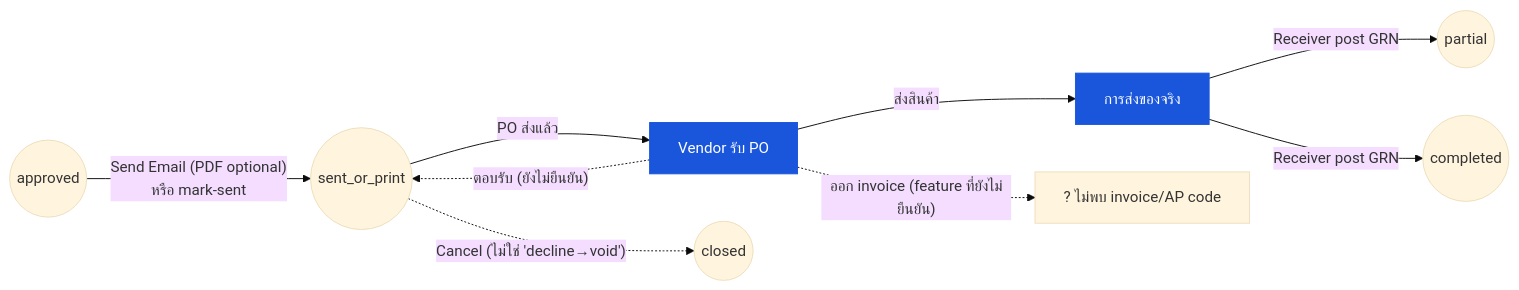
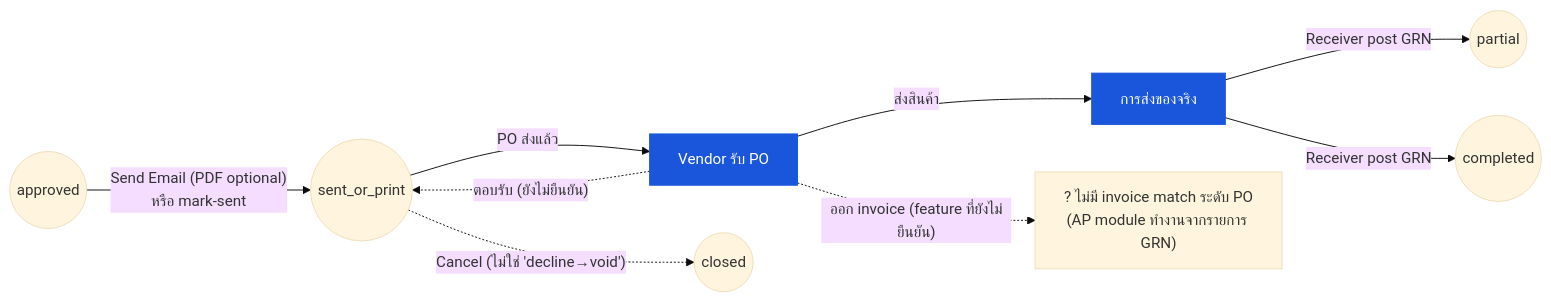
One commit to CarmenSoftware-organization/carmen-wiki changed the diagram in th/inventory/purchase-order/03-user-flow-vendor.md. Above: the diagram before and after it, drawn with Mermaid (base theme). The commit also changed other lines of this file and 37 other files, not shown here.

````diff
--- a/th/inventory/purchase-order/03-user-flow-vendor.md
+++ b/th/inventory/purchase-order/03-user-flow-vendor.md
@@ -23,12 +23,12 @@
 ```mermaid
 graph LR
     approved(("approved")) -->|"Send Email (PDF optional)<br/>หรือ mark-sent"| sent(("sent_or_print"))
     sent -->|"PO ส่งแล้ว"| vendor["Vendor รับ PO"]:::current
     vendor -.->|"ตอบรับ (ยังไม่ยืนยัน)"| sent
     vendor -->|"ส่งสินค้า"| recv["การส่งของจริง"]:::current
     recv -->|"Receiver post GRN"| partial(("partial"))
     recv -->|"Receiver post GRN"| completed(("completed"))
-    vendor -.->|"ออก invoice (feature ที่ยังไม่ยืนยัน)"| inv["? ไม่พบ invoice/AP code"]
+    vendor -.->|"ออก invoice (feature ที่ยังไม่ยืนยัน)"| inv["? ไม่มี invoice match ระดับ PO<br/>(AP module ทำงานจากรายการ GRN)"]
     sent -.->|"Cancel (ไม่ใช่ 'decline→void')"| closed(("closed"))
     classDef current fill:#1a56db,color:#fff,stroke:#1a56db;
 ```
````
